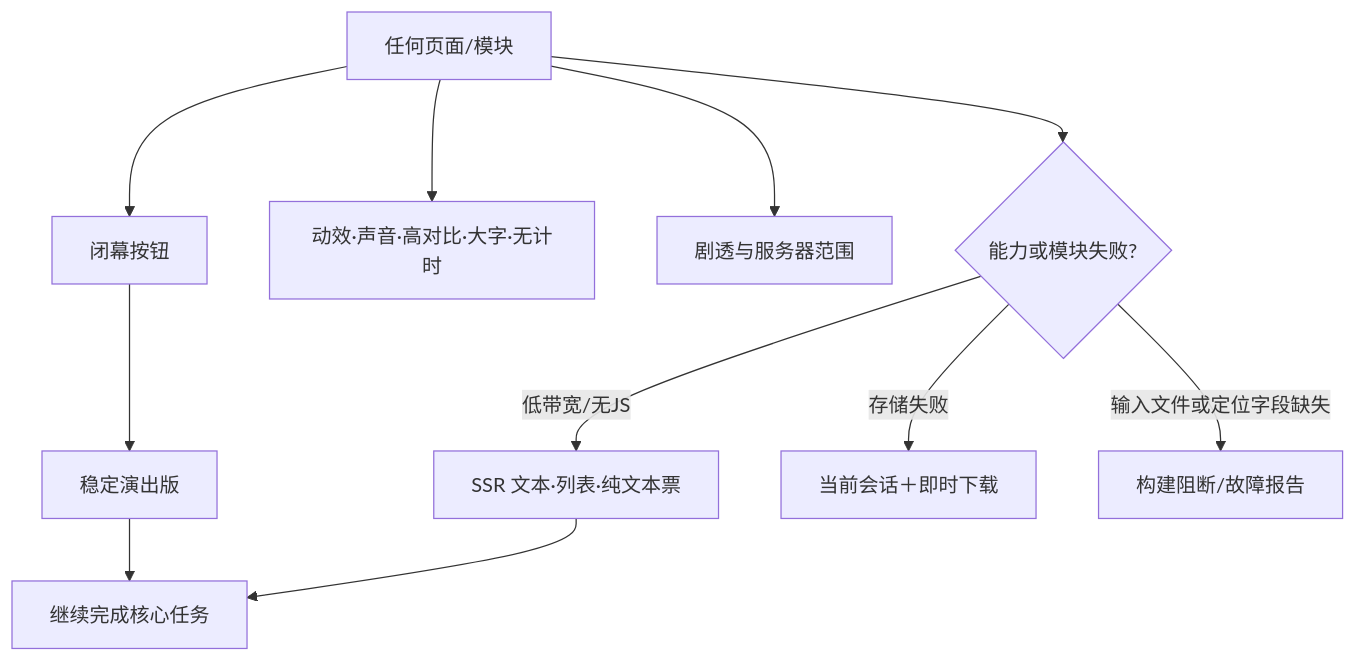
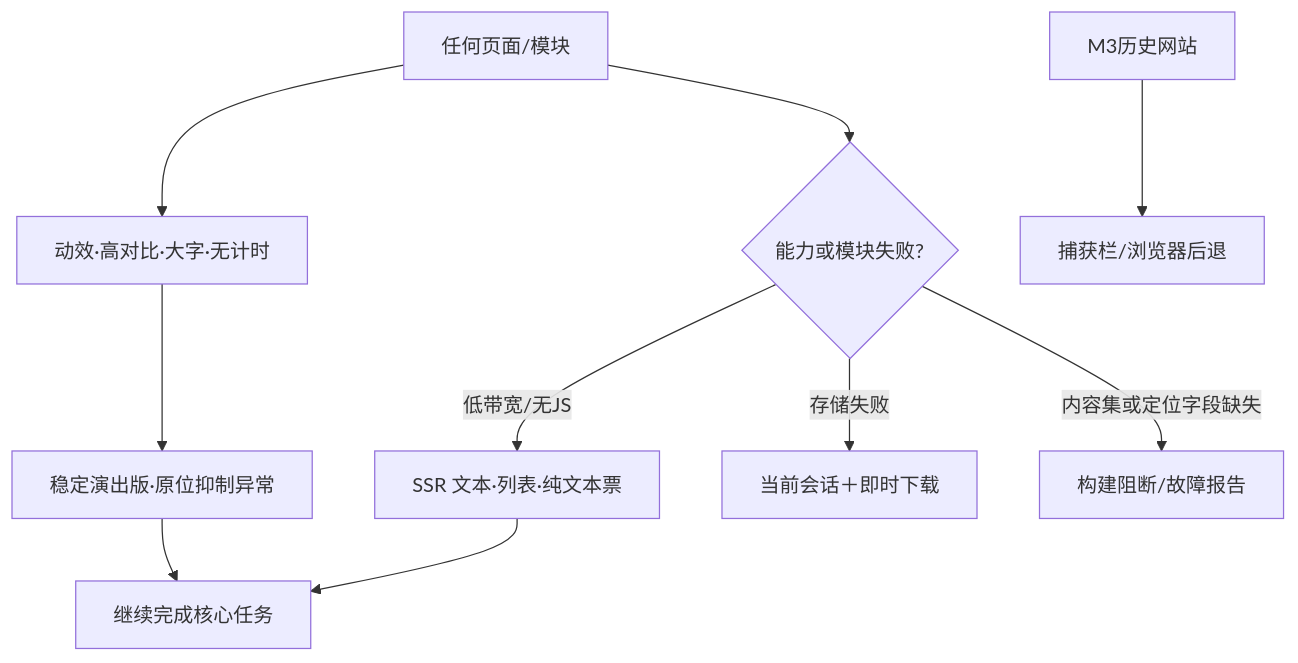
The diagram in docs/blueprint/03_journeys/maps/10_安全无障碍与故障恢复.mmd (Selloryebir/crimson_troupe), drawn with Mermaid before and after one commit. The commit also changed 108 other files, not shown here.

```diff
--- a/docs/blueprint/03_journeys/maps/10_安全无障碍与故障恢复.mmd
+++ b/docs/blueprint/03_journeys/maps/10_安全无障碍与故障恢复.mmd
@@ -1,11 +1,10 @@
 flowchart TD
-  Any[任何页面/模块] --> Close[闭幕按钮]
-  Close --> Stable[稳定演出版]
-  Any --> Access[动效·声音·高对比·大字·无计时]
-  Any --> Spoiler[剧透与服务器范围]
+  Any[任何页面/模块] --> Access[动效·高对比·大字·无计时]
+  Historical[M3历史网站] --> Capture[捕获栏/浏览器后退]
+  Access --> Stable[稳定演出版·原位抑制异常]
   Any --> Failure{能力或模块失败?}
   Failure -->|低带宽/无JS| Text[SSR 文本·列表·纯文本票]
   Failure -->|存储失败| Session[当前会话＋即时下载]
-  Failure -->|输入文件或定位字段缺失| Block[构建阻断/故障报告]
+  Failure -->|内容集或定位字段缺失| Block[构建阻断/故障报告]
   Text --> Task[继续完成核心任务]
   Stable --> Task
```
